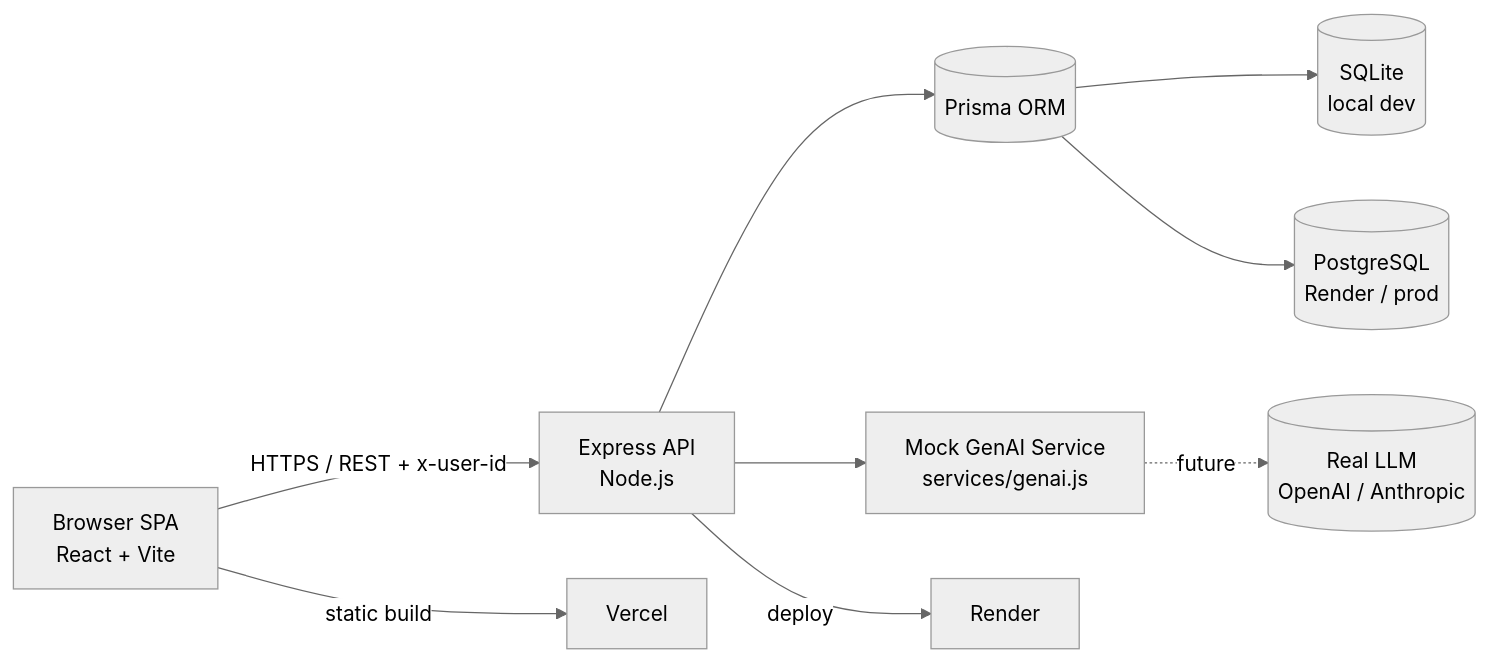
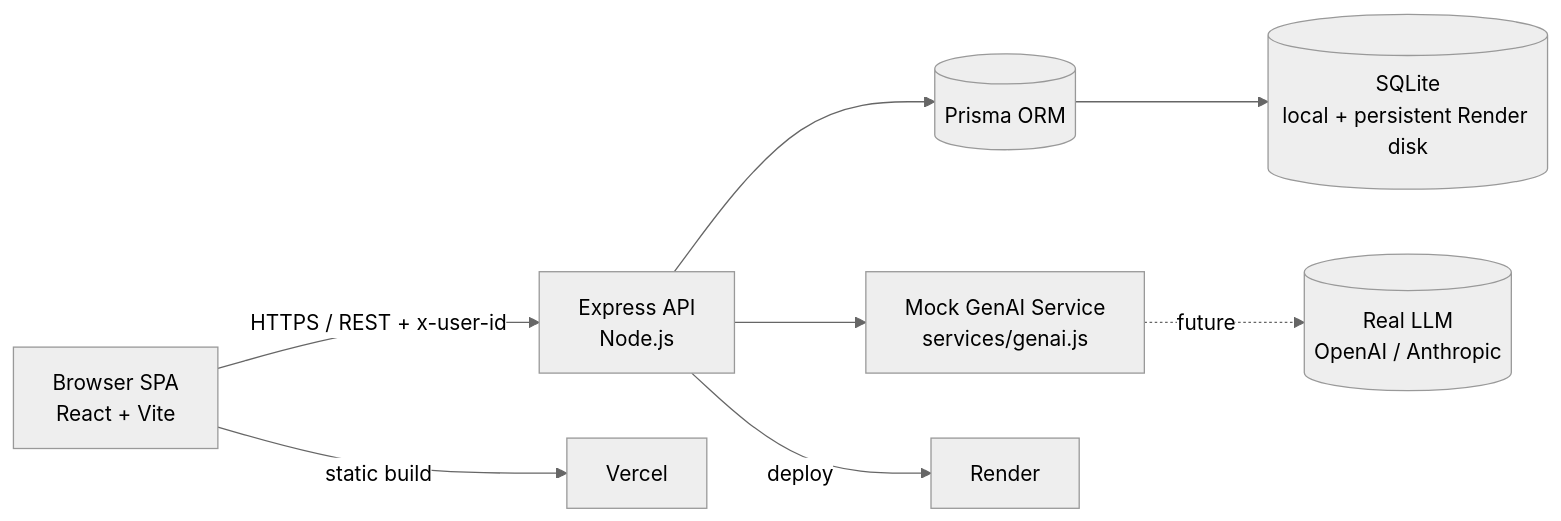
Before and after one commit to christiantroyandrada/thinking-machines-assessment: the diagram in docs/architecture-diagram.md, drawn with Mermaid (neutral theme). The commit also changed other lines of this file and 13 other files, not shown here.

````diff
--- a/docs/architecture-diagram.md
+++ b/docs/architecture-diagram.md
@@ -5,11 +5,10 @@
 ```mermaid
 flowchart LR
   Browser[Browser SPA\nReact + Vite] -->|HTTPS / REST + x-user-id| API[Express API\nNode.js]
   API --> DB[(Prisma ORM)]
-  DB --> SQLite[(SQLite\nlocal dev)]
-  DB --> PG[(PostgreSQL\nRender / prod)]
+  DB --> SQLite[(SQLite\nlocal + persistent Render disk)]
   API --> GENAI[Mock GenAI Service\n services/genai.js]
   GENAI -.->|future| LLM[(Real LLM\nOpenAI / Anthropic)]
   Browser -->|static build| Vercel[Vercel]
   API -->|deploy| Render[Render]
 ```
````
